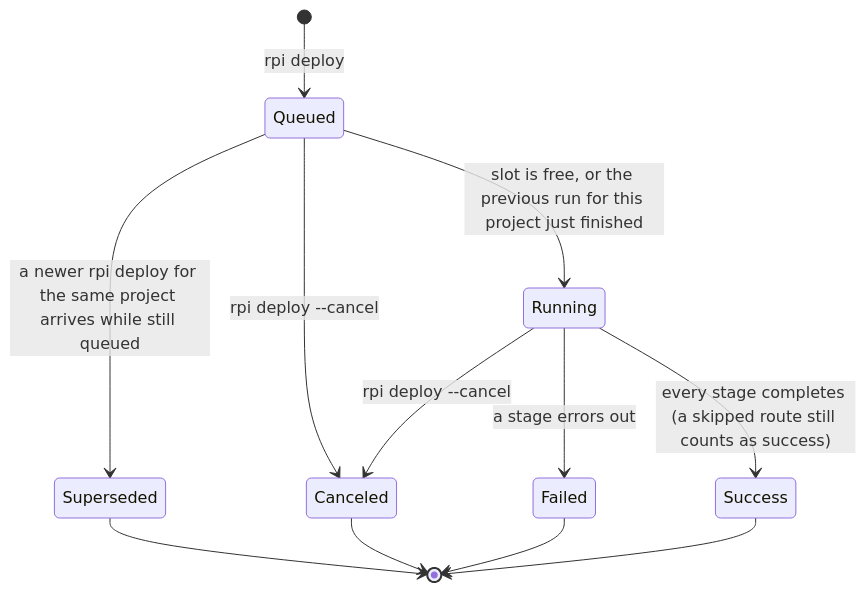
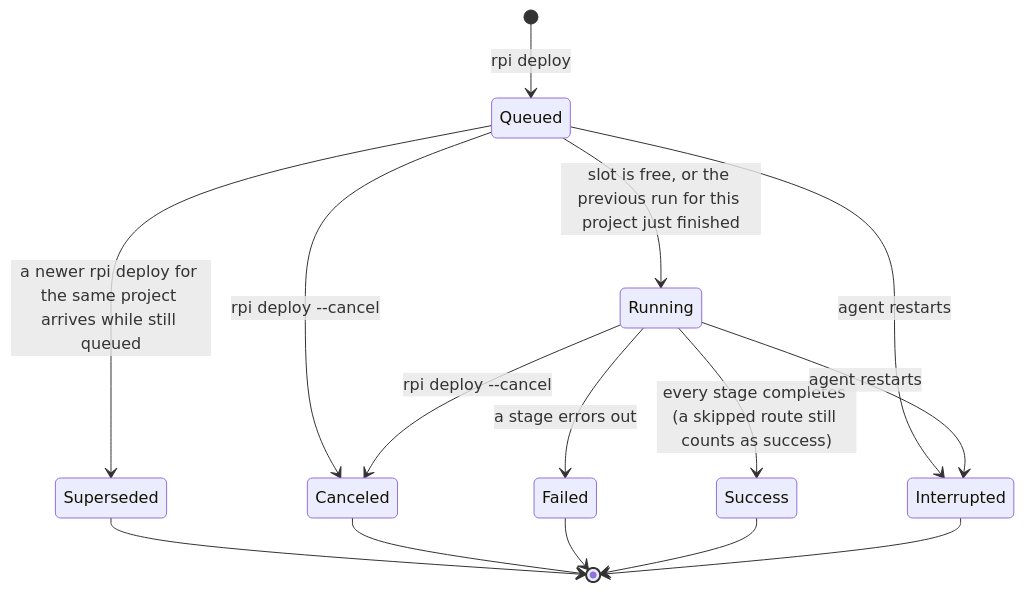
The second of 2 diagrams in docs/architecture/flows/deploy.md (khmilevoi/rpi-deploy), drawn with Mermaid before and after one commit. The commit also changed other lines of this file and 3 other files, not shown here.

Commit message:
docs(architecture): fix cross-doc drift from final review

````diff
--- a/docs/architecture/flows/deploy.md
+++ b/docs/architecture/flows/deploy.md
@@ -48,14 +48,17 @@
 ```mermaid
 stateDiagram-v2
     [*] --> Queued: rpi deploy
     Queued --> Running: slot is free, or the previous run for this project just finished
     Queued --> Superseded: a newer rpi deploy for the same project arrives while still queued
     Queued --> Canceled: rpi deploy --cancel
+    Queued --> Interrupted: agent restarts
     Running --> Canceled: rpi deploy --cancel
     Running --> Failed: a stage errors out
     Running --> Success: every stage completes (a skipped route still counts as success)
+    Running --> Interrupted: agent restarts
     Superseded --> [*]
     Canceled --> [*]
     Failed --> [*]
     Success --> [*]
+    Interrupted --> [*]
 ```
````
